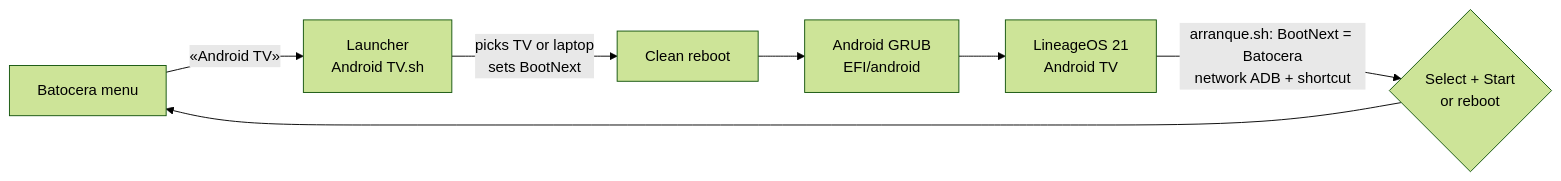
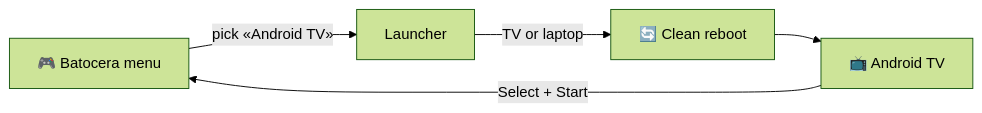
The diagram in README.en.md (RichardS-Groove/batocera-android-tv-rs-groove), drawn with Mermaid (forest theme) before and after one commit. The commit also changed other lines of this file and 27 other files, not shown here.

````diff
--- a/README.en.md
+++ b/README.en.md
@@ -43,9 +54,7 @@
 ```mermaid
 flowchart LR
-    A[Batocera menu] -->|«Android TV»| B[Launcher<br/>Android TV.sh]
-    B -->|picks TV or laptop<br/>sets BootNext| C[Clean reboot]
-    C --> D[Android GRUB<br/>EFI/android]
-    D --> E[LineageOS 21<br/>Android TV]
-    E -->|arranque.sh: BootNext = Batocera<br/>network ADB + shortcut| F{Select + Start<br/>or reboot}
-    F --> A
+    A[🎮 Batocera menu] -->|pick «Android TV»| B[Launcher]
+    B -->|TV or laptop| C[🔄 Clean reboot]
+    C --> D[📺 Android TV]
+    D -->|Select + Start| A
 ```
````
